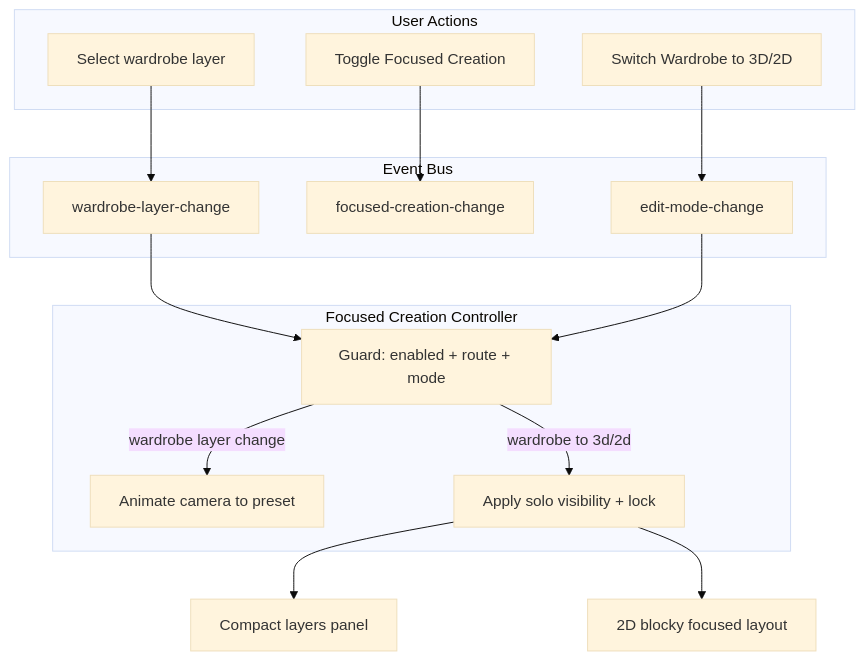
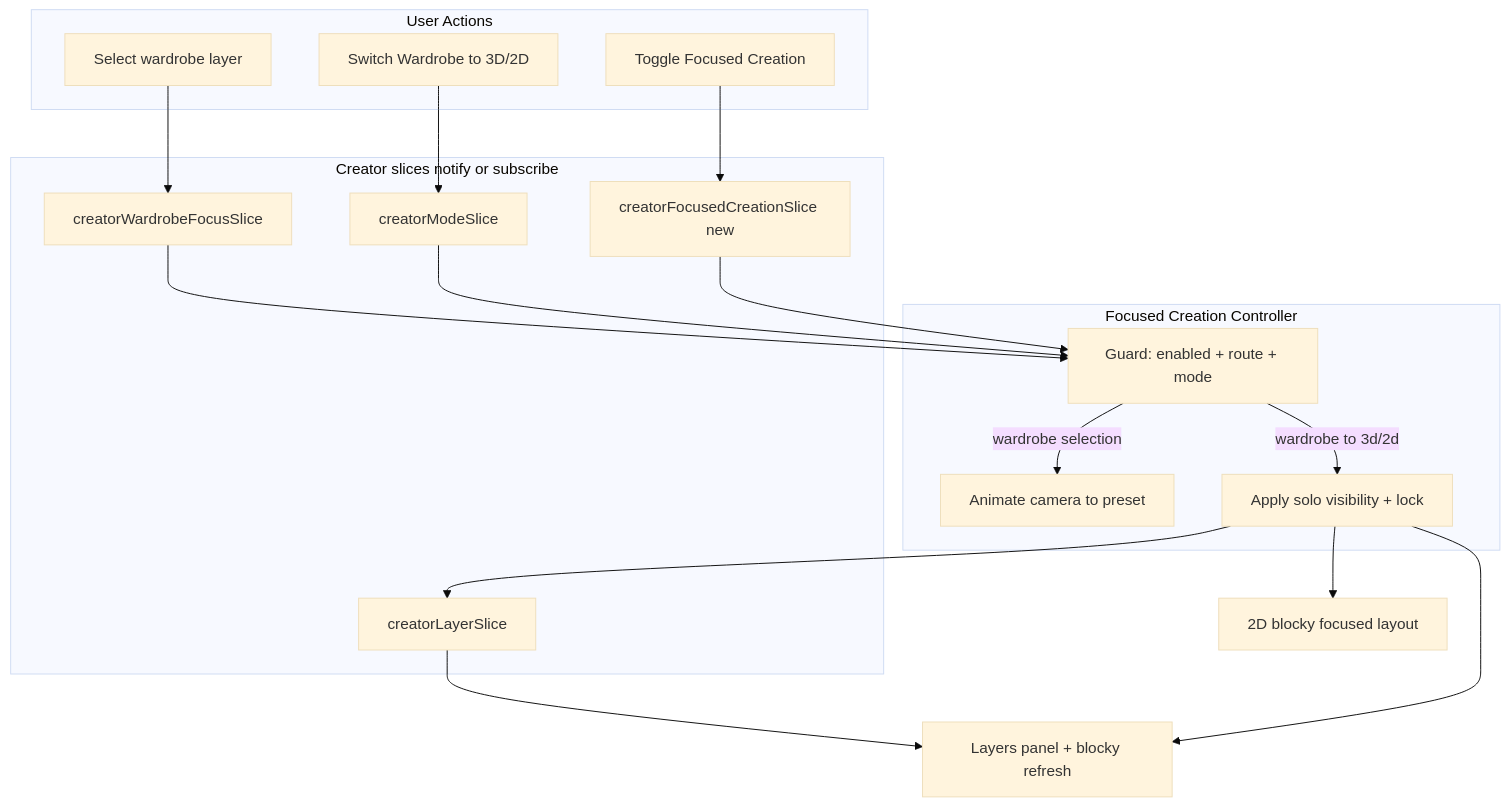
The diagram in docs/plans/focused_creation_mode_41f28800.plan.md (lynnvfrank/minecraft-character-editor), drawn with Mermaid (base theme) before and after one commit. The commit also changed other lines of this file and 85 other files, not shown here.

````diff
--- a/docs/plans/focused_creation_mode_41f28800.plan.md
+++ b/docs/plans/focused_creation_mode_41f28800.plan.md
@@ -202,31 +197,35 @@
 ```mermaid
 flowchart TB
   subgraph UserActions [User Actions]
     SelectLayer[Select wardrobe layer]
     ToggleMode[Toggle Focused Creation]
     ModeChange[Switch Wardrobe to 3D/2D]
   end
 
-  subgraph Events [Event Bus]
-    WardrobeLayerChange[wardrobe-layer-change]
-    FocusedChange[focused-creation-change]
-    EditModeChange[edit-mode-change]
+  subgraph Slices [Creator slices notify or subscribe]
+    WardrobeFocus[creatorWardrobeFocusSlice]
+    ModeSlice[creatorModeSlice]
+    LayerSlice[creatorLayerSlice]
+    FocusedSlice[creatorFocusedCreationSlice new]
   end
 
   subgraph Controller [Focused Creation Controller]
     Guard[Guard: enabled + route + mode]
     Camera[Animate camera to preset]
     Solo[Apply solo visibility + lock]
   end
 
-  SelectLayer --> WardrobeLayerChange
-  ToggleMode --> FocusedChange
-  ModeChange --> EditModeChange
+  SelectLayer --> WardrobeFocus
+  ToggleMode --> FocusedSlice
+  ModeChange --> ModeSlice
 
-  WardrobeLayerChange --> Guard
-  EditModeChange --> Guard
-  Guard -->|wardrobe layer change| Camera
+  WardrobeFocus --> Guard
+  ModeSlice --> Guard
+  FocusedSlice --> Guard
+  Guard -->|wardrobe selection| Camera
   Guard -->|wardrobe to 3d/2d| Solo
-  Solo --> LayersPanel[Compact layers panel]
+  Solo --> LayerSlice
+  LayerSlice --> LayersPanel[Layers panel + blocky refresh]
+  Solo --> LayersPanel
   Solo --> Blocky[2D blocky focused layout]
 ```
````
